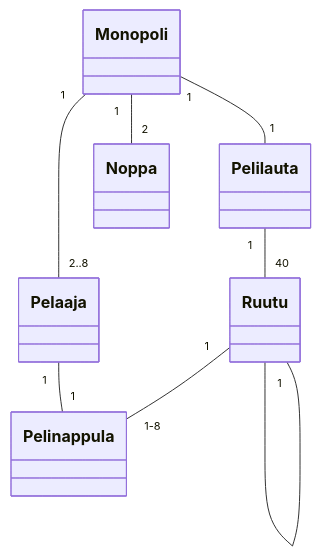
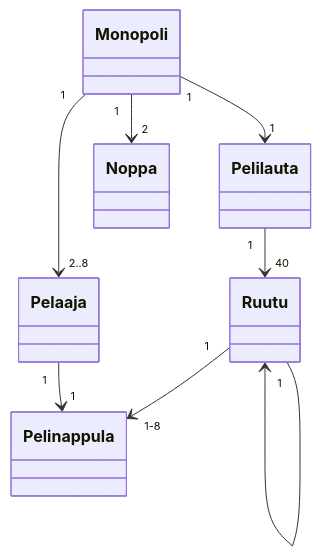
Before and after one commit to eerolasi/ot-harjoitustyo: the diagram in laskarit/viikko3/monopoly1.md, drawn with Mermaid. The commit also changed 1 other file, not shown here.

Commit message:
vk3 t2, update t1

````diff
--- a/laskarit/viikko3/monopoly1.md
+++ b/laskarit/viikko3/monopoly1.md
@@ -1,10 +1,10 @@
 ```mermaid
 classDiagram
-Monopoli "1" -- "1" Pelilauta
-Pelilauta "1" -- "40" Ruutu
-Ruutu "1" -- Ruutu
-Ruutu "1" -- "1-8" Pelinappula
-Monopoli "1" -- "2" Noppa
-Monopoli "1" -- "2..8" Pelaaja
-Pelaaja "1" -- "1" Pelinappula
+Monopoli "1" --> "1" Pelilauta
+Pelilauta "1" --> "40" Ruutu
+Ruutu "1" --> Ruutu
+Ruutu "1" --> "1-8" Pelinappula
+Monopoli "1" --> "2" Noppa
+Monopoli "1" --> "2..8" Pelaaja
+Pelaaja "1" --> "1" Pelinappula
 ```
````
